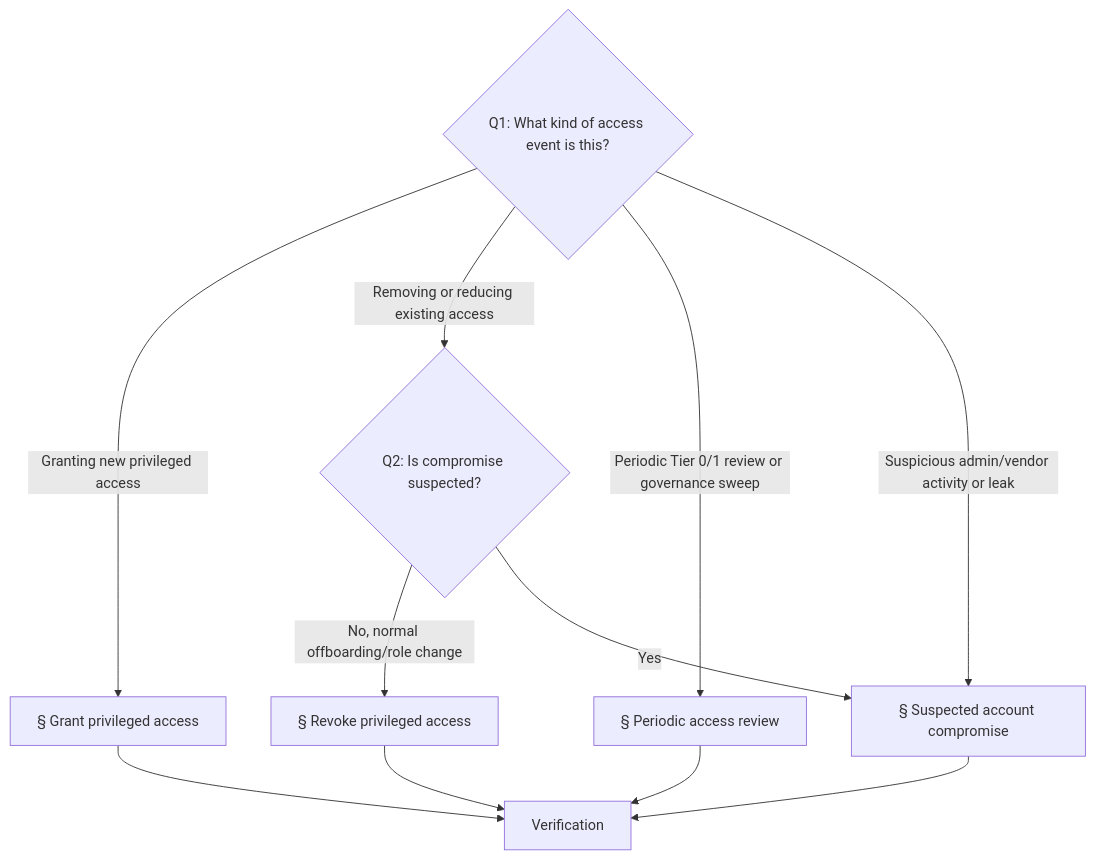
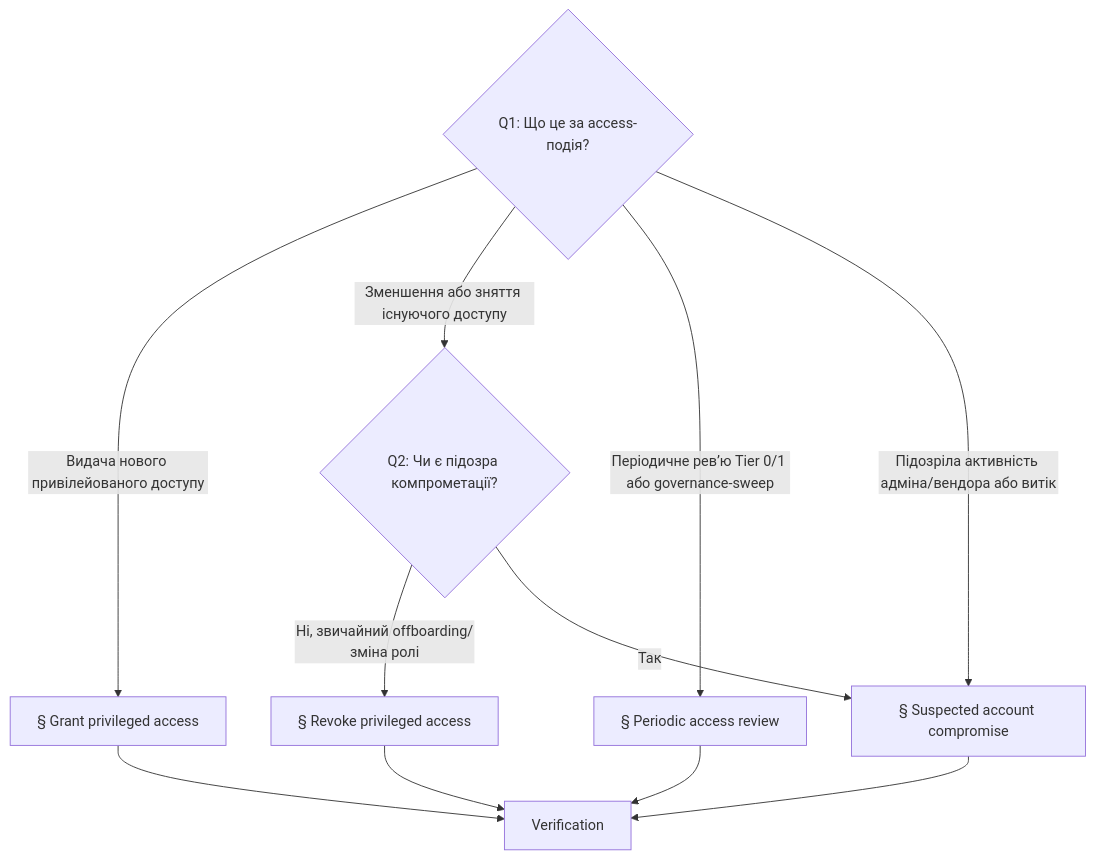
The diagram in docs/playbooks/access-governance.md (SkOrDs-02/sergeant), drawn with Mermaid before and after one commit. The commit also changed other lines of this file and 1 other file, not shown here.

````diff
--- a/docs/playbooks/access-governance.md
+++ b/docs/playbooks/access-governance.md
@@ -23,16 +23,16 @@
 ```mermaid
 flowchart TD
-    Q1{"Q1: What kind of access event is this?"}
-    Q1 -- "Granting new privileged access" --> GRANT["§ Grant privileged access"]
-    Q1 -- "Removing or reducing existing access" --> Q2{"Q2: Is compromise suspected?"}
-    Q1 -- "Periodic Tier 0/1 review or governance sweep" --> REVIEW["§ Periodic access review"]
-    Q1 -- "Suspicious admin/vendor activity or leak" --> COMP["§ Suspected account compromise"]
+    Q1{"Q1: Що це за access-подія?"}
+    Q1 -- "Видача нового привілейованого доступу" --> GRANT["§ Grant privileged access"]
+    Q1 -- "Зменшення або зняття існуючого доступу" --> Q2{"Q2: Чи є підозра компрометації?"}
+    Q1 -- "Періодичне ревʼю Tier 0/1 або governance-sweep" --> REVIEW["§ Periodic access review"]
+    Q1 -- "Підозріла активність адміна/вендора або витік" --> COMP["§ Suspected account compromise"]
 
-    Q2 -- "No, normal offboarding/role change" --> REVOKE["§ Revoke privileged access"]
-    Q2 -- "Yes" --> COMP
+    Q2 -- "Ні, звичайний offboarding/зміна ролі" --> REVOKE["§ Revoke privileged access"]
+    Q2 -- "Так" --> COMP
 
     GRANT --> VERIFY["Verification"]
     REVOKE --> VERIFY
     REVIEW --> VERIFY
     COMP --> VERIFY
 ```
````
